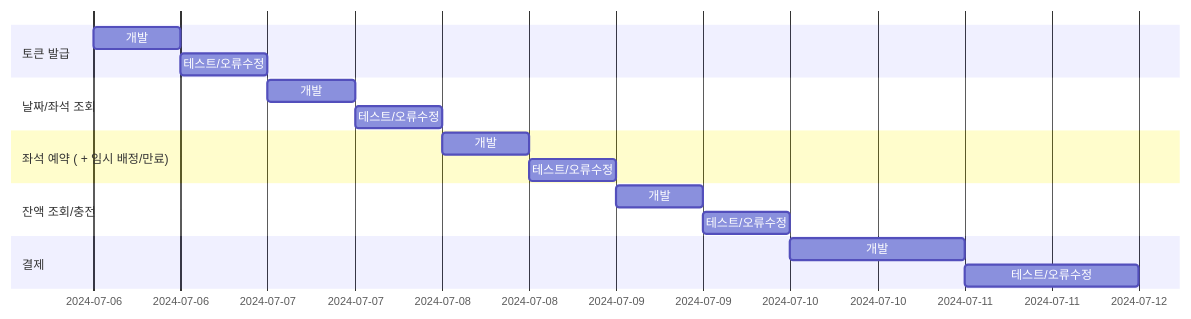
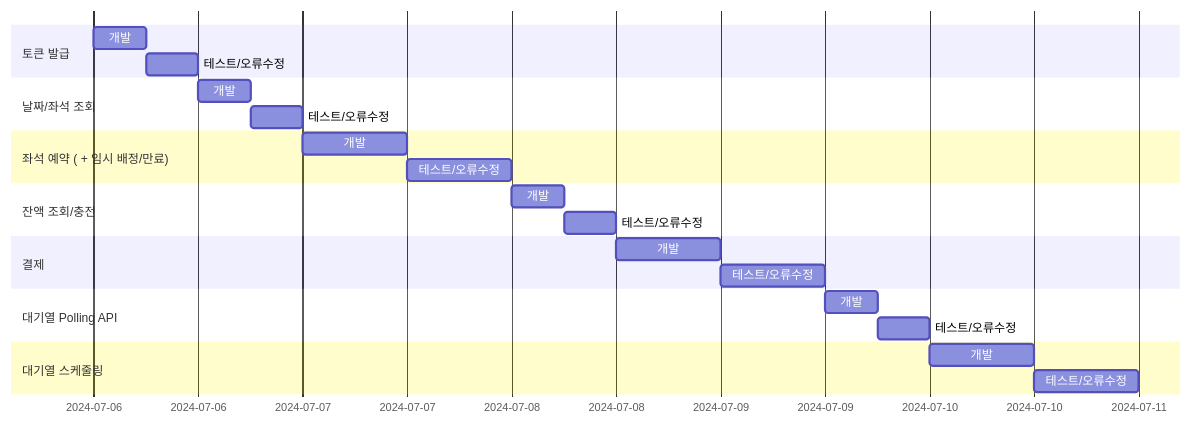
Diagram 12 of 14 in README.md (YoungWonBackendStudy/HHPlus-Concert-Reservation), drawn with Mermaid before and after one commit. The commit also changed other lines of this file, not shown here.

````diff
--- a/README.md
+++ b/README.md
@@ -200,20 +201,26 @@
 ```mermaid
 gantt
 dateFormat YYYY-MM-DD
 
 Section 토큰 발급
-    개발           : dev_get_tok, 2024-07-06, 12h
-    테스트/오류수정 : test_get_tok, after dev_get_tok, 12h
+    개발           : dev_get_tok, 2024-07-06, 6h
+    테스트/오류수정 : test_get_tok, after dev_get_tok, 6h
 Section 날짜/좌석 조회
-    개발           : dev_get_con, after test_get_tok, 12h
-    테스트/오류수정 : test_get_con, after dev_get_con, 12h
+    개발           : dev_get_con, after test_get_tok, 6h
+    테스트/오류수정 : test_get_con, after dev_get_con, 6h
 Section 좌석 예약 ( + 임시 배정/만료)
     개발           : dev_reserve, after test_get_con, 12h
     테스트/오류수정 : test_reserve, after dev_reserve, 12h
 Section 잔액 조회/충전
-    개발           : dev_asset, after test_reserve, 12h
-    테스트/오류수정 : test_asset, after dev_asset, 12h
+    개발           : dev_asset, after test_reserve, 6h
+    테스트/오류수정 : test_asset, after dev_asset, 6h
 Section 결제
-    개발           : dev_pay, after test_asset, 1d
-    테스트/오류수정 : test_pay, after dev_pay, 1d
+    개발           : dev_pay, after test_asset, 12h
+    테스트/오류수정 : test_pay, after dev_pay, 12h
+Section 대기열 Polling API
+    개발           : dev_tok_val, after test_pay, 6h
+    테스트/오류수정 : test_tok_val, after dev_tok_val, 6h
+Section 대기열 스케줄링
+    개발           : dev_waiting_sch, after test_tok_val, 12h
+    테스트/오류수정 : test_waiting_sch, after dev_waiting_sch, 12h
 ```
````
